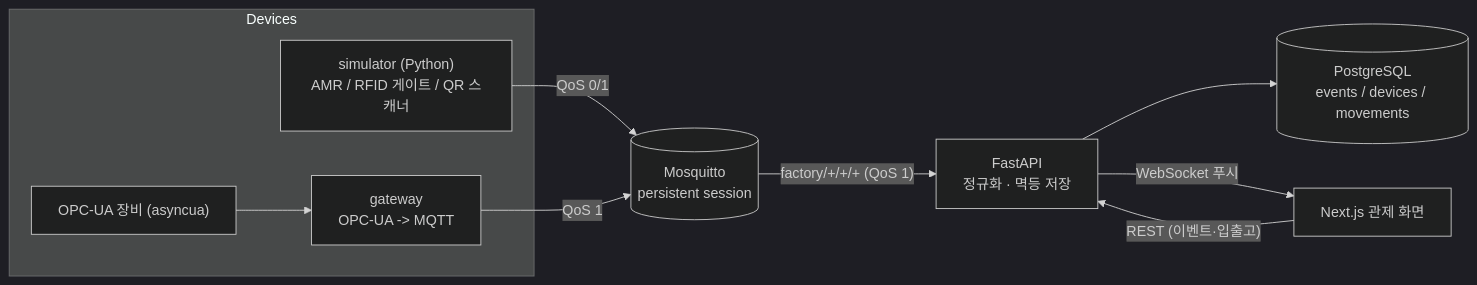
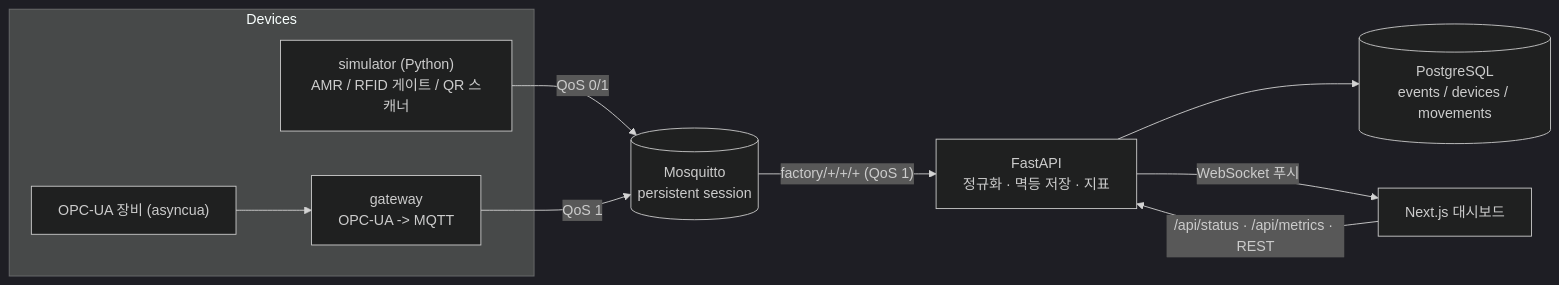
Before and after one commit to choibongseok/factory-flow-demo: the diagram in README.md, drawn with Mermaid (dark theme). The commit also changed other lines of this file and 5 other files, not shown here.

````diff
--- a/README.md
+++ b/README.md
@@ -33,13 +48,13 @@
 ```mermaid
 flowchart LR
   subgraph Devices
     SIM["simulator (Python)<br/>AMR / RFID 게이트 / QR 스캐너"]
     OPC["OPC-UA 장비 (asyncua)"] --> GW["gateway<br/>OPC-UA -> MQTT"]
   end
   SIM -- "QoS 0/1" --> MQ[("Mosquitto<br/>persistent session")]
   GW -- "QoS 1" --> MQ
-  MQ -- "factory/+/+/+ (QoS 1)" --> API["FastAPI<br/>정규화 · 멱등 저장"]
+  MQ -- "factory/+/+/+ (QoS 1)" --> API["FastAPI<br/>정규화 · 멱등 저장 · 지표"]
   API --> PG[("PostgreSQL<br/>events / devices / movements")]
-  API -- "WebSocket 푸시" --> WEB["Next.js 관제 화면"]
-  WEB -- "REST (이벤트·입출고)" --> API
+  API -- "WebSocket 푸시" --> WEB["Next.js 대시보드"]
+  WEB -- "/api/status · /api/metrics · REST" --> API
 ```
````
